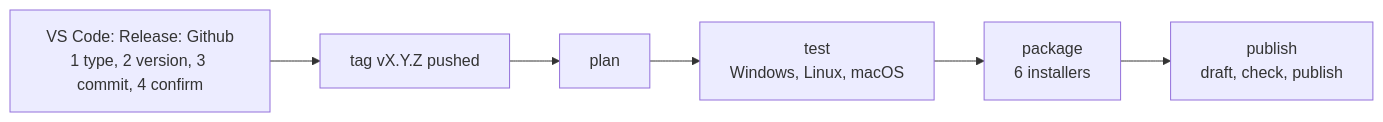
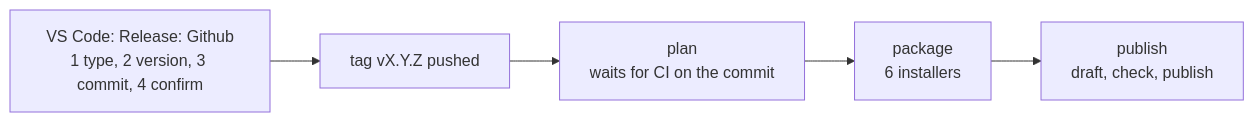
Before and after one commit to Albadit/DnnManager: the diagram in .docs/releasing.md, drawn with Mermaid. The commit also changed other lines of this file and 26 other files, not shown here.

````diff
--- a/.docs/releasing.md
+++ b/.docs/releasing.md
@@ -6,8 +6,7 @@
 ```mermaid
 flowchart LR
     A["VS Code: Release: Github<br/>1 type, 2 version, 3 commit, 4 confirm"] --> B["tag vX.Y.Z pushed"]
-    B --> C["plan"]
-    C --> D["test<br/>Windows, Linux, macOS"]
-    D --> E["package<br/>6 installers"]
+    B --> C["plan<br/>waits for CI on the commit"]
+    C --> E["package<br/>6 installers"]
     E --> F["publish<br/>draft, check, publish"]
 ```
````
